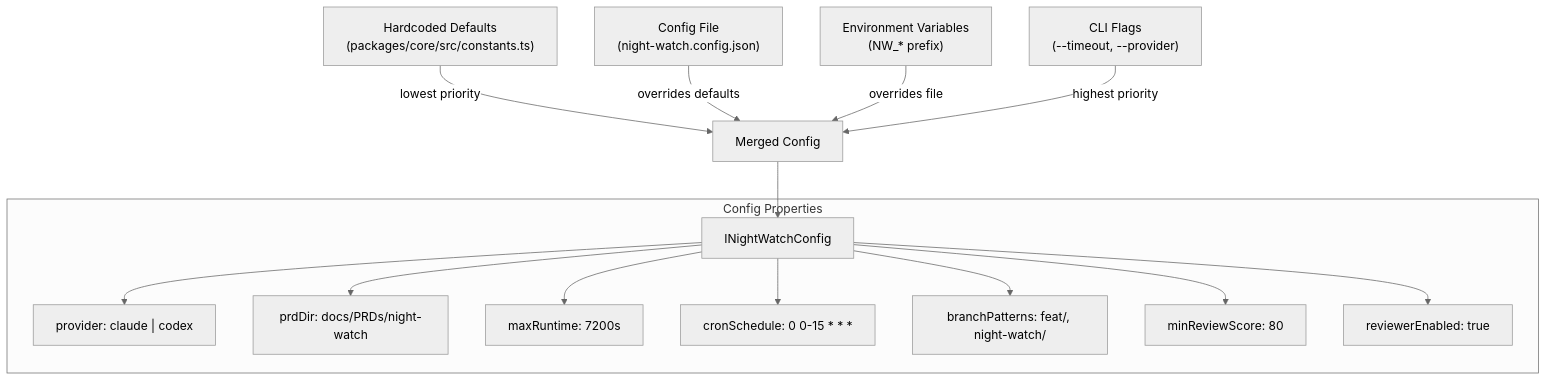
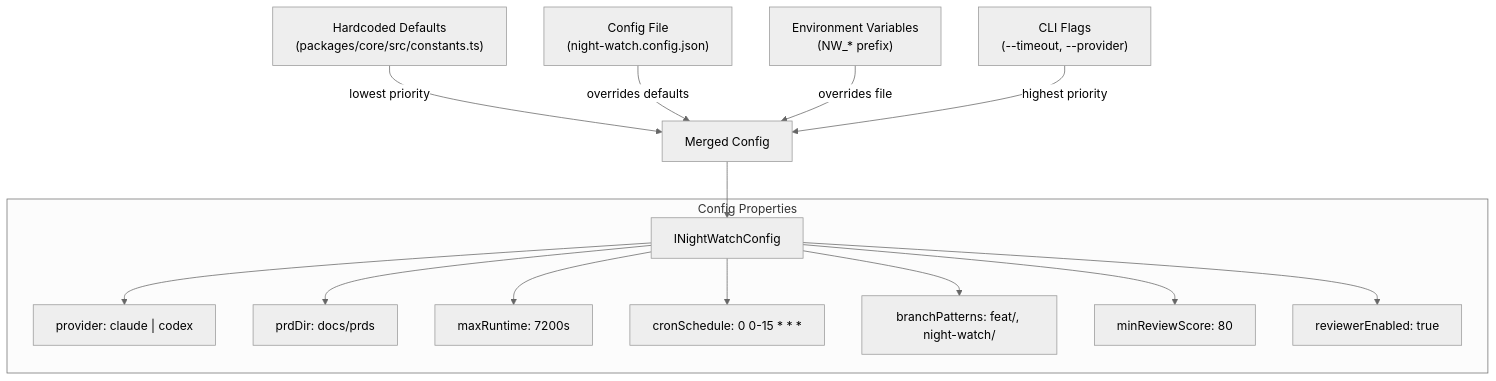
The fifth of 9 diagrams in docs/architecture-overview.md (jonit-dev/night-watch-cli), drawn with Mermaid (neutral theme) before and after one commit. The commit also changed other lines of this file and 17 other files, not shown here.

````diff
--- a/docs/architecture-overview.md
+++ b/docs/architecture-overview.md
@@ -191,19 +191,19 @@
 ```mermaid
 graph TD
     D["Hardcoded Defaults<br/>(packages/core/src/constants.ts)"] -->|lowest priority| M["Merged Config"]
     F["Config File<br/>(night-watch.config.json)"] -->|overrides defaults| M
     E["Environment Variables<br/>(NW_* prefix)"] -->|overrides file| M
     C["CLI Flags<br/>(--timeout, --provider)"] -->|highest priority| M
 
     M --> Final["INightWatchConfig"]
 
     subgraph "Config Properties"
         Final --> P1["provider: claude | codex"]
-        Final --> P2["prdDir: docs/PRDs/night-watch"]
+        Final --> P2["prdDir: docs/prds"]
         Final --> P3["maxRuntime: 7200s"]
         Final --> P4["cronSchedule: 0 0-15 * * *"]
         Final --> P5["branchPatterns: feat/, night-watch/"]
         Final --> P6["minReviewScore: 80"]
         Final --> P7["reviewerEnabled: true"]
     end
 ```
````
